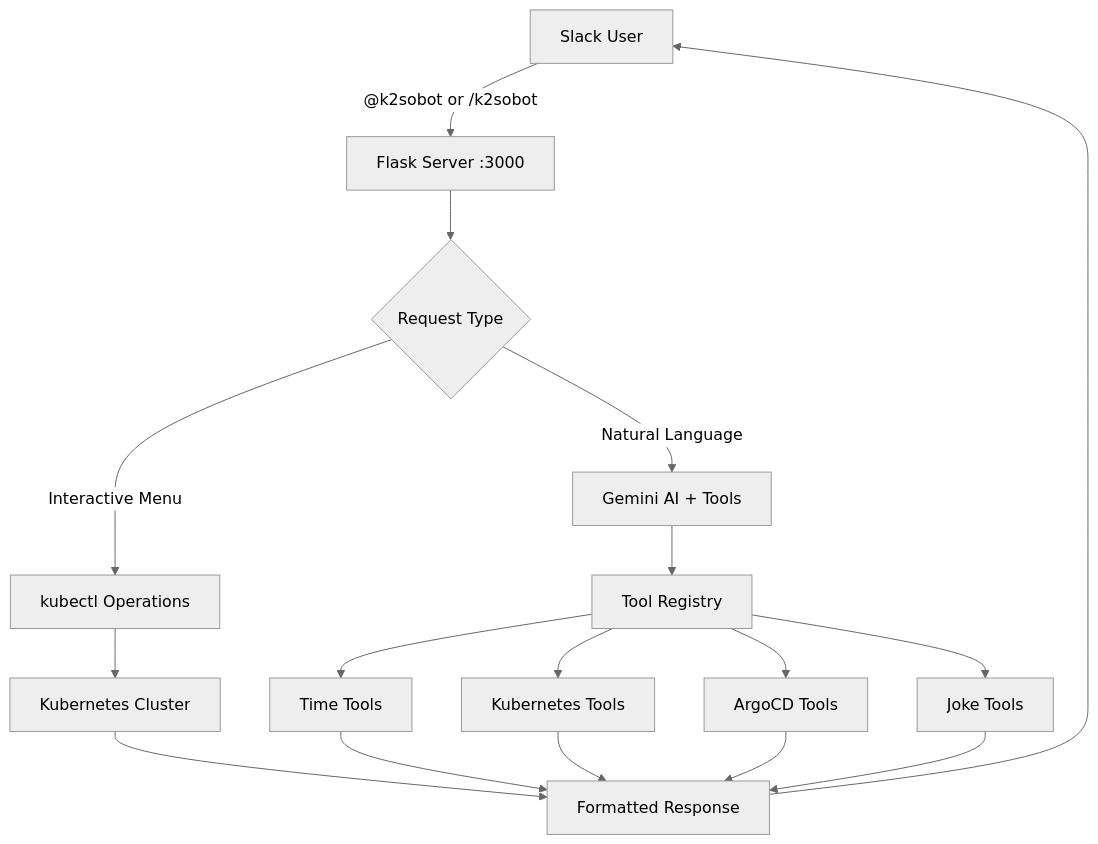
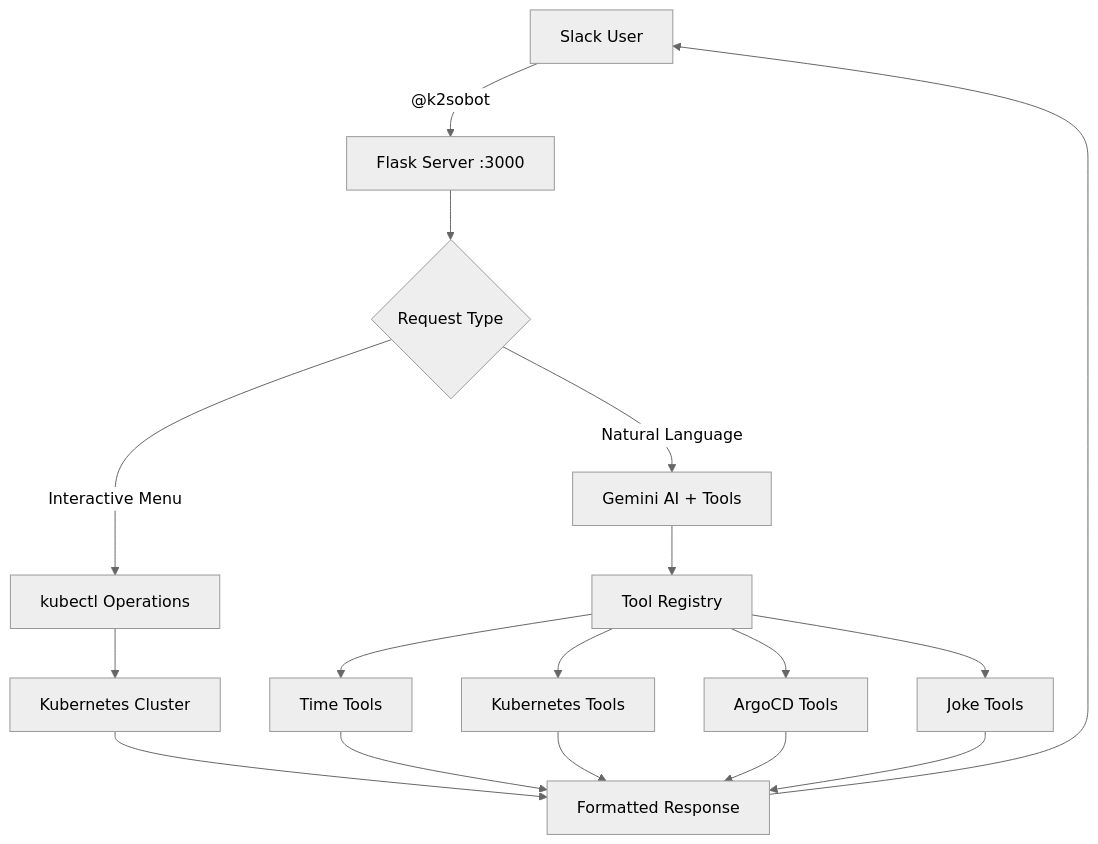
Before and after one commit to red512/k2sobot: the diagram in README.md, drawn with Mermaid (neutral theme). The commit also changed other lines of this file, not shown here.

````diff
--- a/README.md
+++ b/README.md
@@ -21,21 +25,21 @@
 ```mermaid
 graph TB
-    A[Slack User] -->|"@k2sobot or /k2sobot"| B[Flask Server :3000]
+    A[Slack User] -->|"@k2sobot"| B[Flask Server :3000]
     B --> C{Request Type}
     C -->|Interactive Menu| D[kubectl Operations]
     C -->|Natural Language| E[Gemini AI + Tools]
     
     D --> F[Kubernetes Cluster]
     E --> G[Tool Registry]
     G --> H[Time Tools]
     G --> I[Kubernetes Tools]
     G --> J[ArgoCD Tools]
     G --> K[Joke Tools]
     
     F --> L[Formatted Response]
     H --> L
     I --> L
     J --> L
     K --> L
     L --> A
 ```
````
